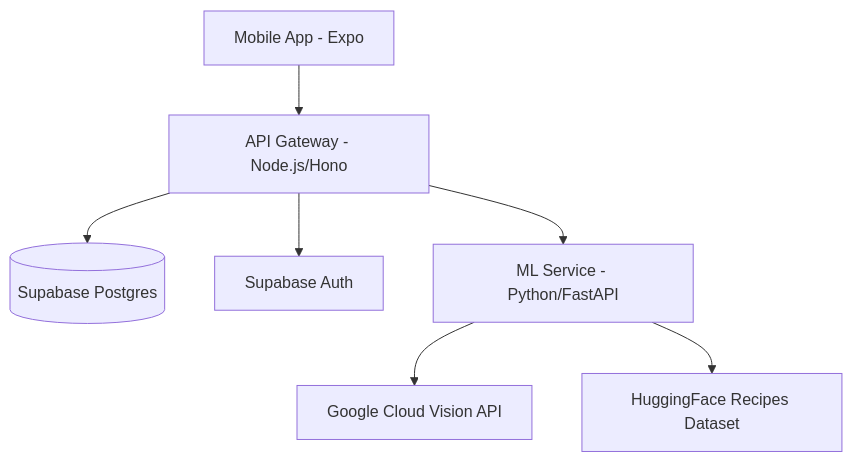
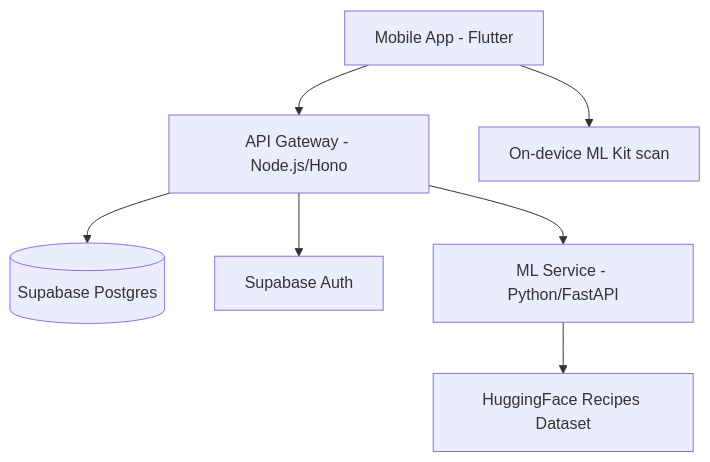
Before and after one commit to will702/waste2taste: the diagram in README.md, drawn with Mermaid. The commit also changed other lines of this file and 15 other files, not shown here.

Commit message:
fix: connect flutter app to backend services

````diff
--- a/README.md
+++ b/README.md
@@ -11,9 +11,9 @@
 ```mermaid
 graph TD
-    App[Mobile App - Expo] --> API[API Gateway - Node.js/Hono]
+    App[Mobile App - Flutter] --> API[API Gateway - Node.js/Hono]
     API --> DB[(Supabase Postgres)]
     API --> Auth[Supabase Auth]
     API --> ML[ML Service - Python/FastAPI]
-    ML --> Vision[Google Cloud Vision API]
+    App --> MLKit[On-device ML Kit scan]
     ML --> HF[HuggingFace Recipes Dataset]
 ```
````
